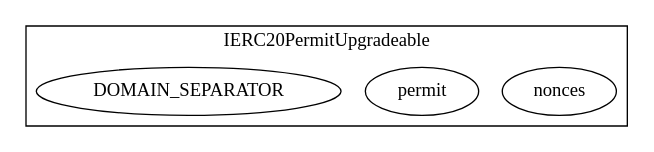
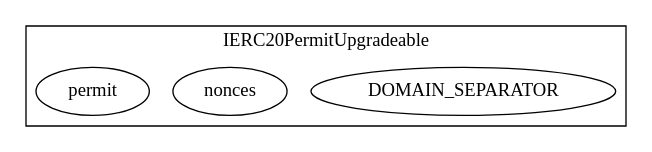
Before and after one commit to hoseadevops/Renzo-Protocol-online-test: the diagram in contracts/RestakeManager.sol.IERC20PermitUpgradeable.call-graph.dot, drawn with Graphviz. The commit also changed other lines of this file and 22 other files, not shown here.

```diff
--- a/contracts/RestakeManager.sol.IERC20PermitUpgradeable.call-graph.dot
+++ b/contracts/RestakeManager.sol.IERC20PermitUpgradeable.call-graph.dot
@@ -1,10 +1,10 @@
 strict digraph {
 subgraph cluster_3872_IERC20PermitUpgradeable {
 label = "IERC20PermitUpgradeable"
+"3872_DOMAIN_SEPARATOR" [label="DOMAIN_SEPARATOR"]
 "3872_nonces" [label="nonces"]
 "3872_permit" [label="permit"]
-"3872_DOMAIN_SEPARATOR" [label="DOMAIN_SEPARATOR"]
 }subgraph cluster_solidity {
 label = "[Solidity]"
 }
 }
```
